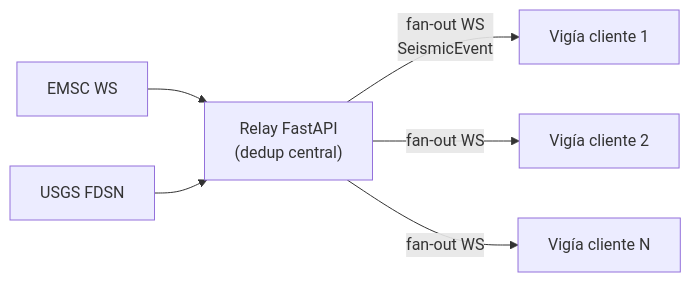
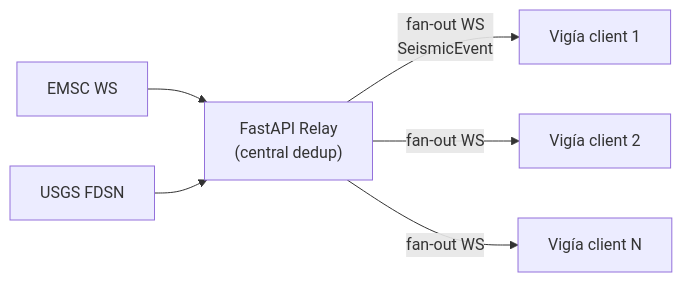
Before and after one commit to ecrespo/vigia-eew: the fifth of 5 diagrams in ARCHITECTURE.md, drawn with Mermaid. The commit also changed other lines of this file and 88 other files, not shown here.

````diff
--- a/ARCHITECTURE.md
+++ b/ARCHITECTURE.md
@@ -180,8 +180,8 @@
 ```mermaid
 flowchart LR
-    EMSC["EMSC WS"] --> RELAY["Relay FastAPI<br/>(dedup central)"]
+    EMSC["EMSC WS"] --> RELAY["FastAPI Relay<br/>(central dedup)"]
     USGS["USGS FDSN"] --> RELAY
-    RELAY -->|fan-out WS<br/>SeismicEvent| C1["Vigía cliente 1"]
-    RELAY -->|fan-out WS| C2["Vigía cliente 2"]
-    RELAY -->|fan-out WS| C3["Vigía cliente N"]
+    RELAY -->|fan-out WS<br/>SeismicEvent| C1["Vigía client 1"]
+    RELAY -->|fan-out WS| C2["Vigía client 2"]
+    RELAY -->|fan-out WS| C3["Vigía client N"]
 ```
````
